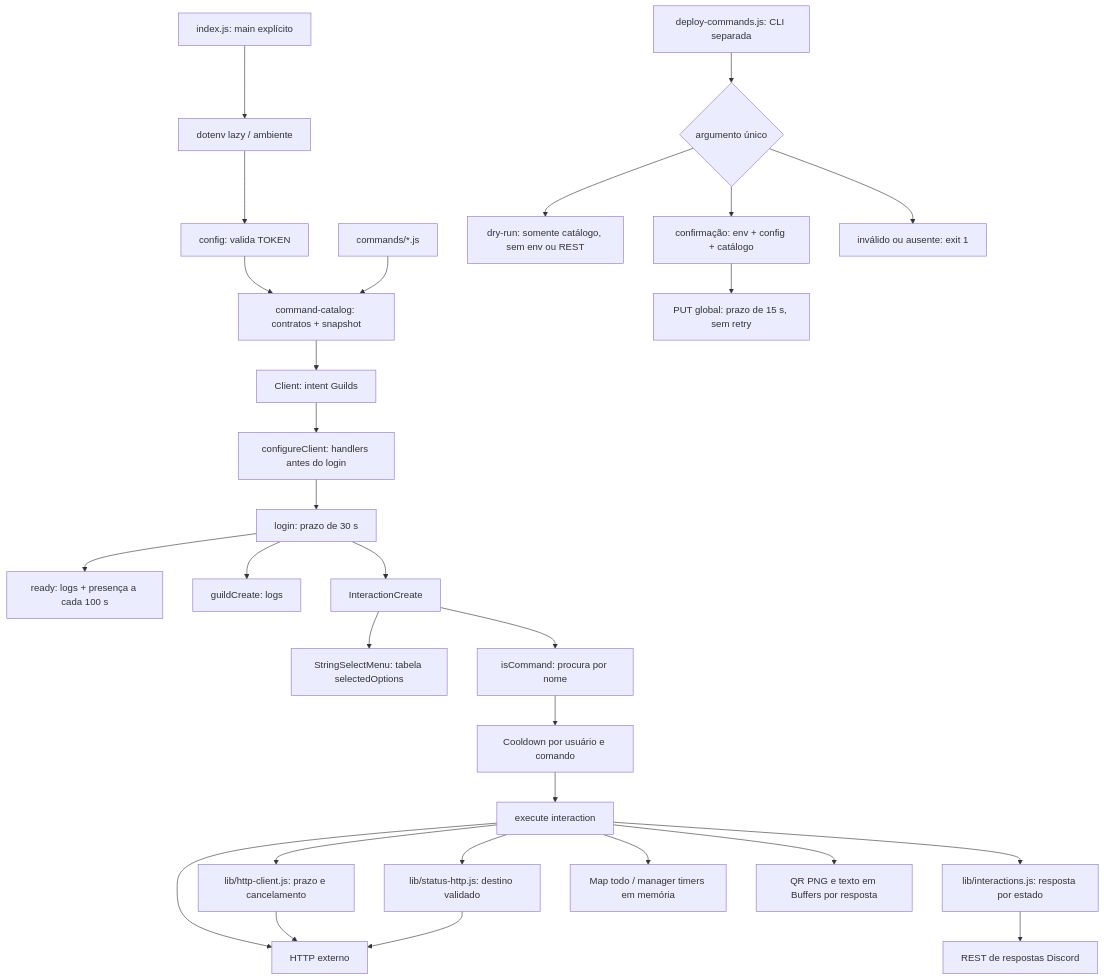
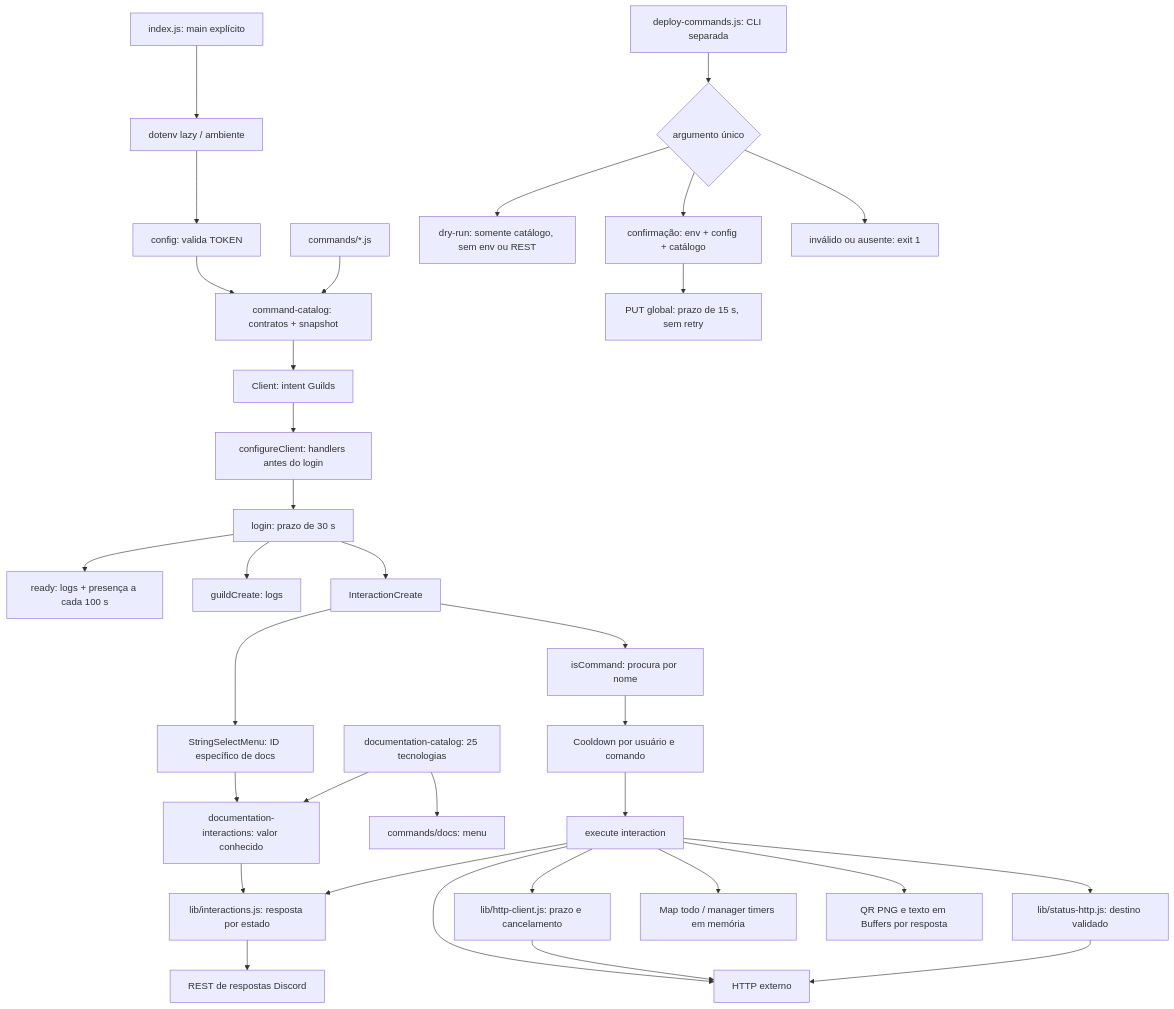
Before and after one commit to emanuelsacoman/Bot-Estudos-Discord: the diagram in docs/brain/ARCHITECTURE.md, drawn with Mermaid. The commit also changed other lines of this file and 13 other files, not shown here.

````diff
--- a/docs/brain/ARCHITECTURE.md
+++ b/docs/brain/ARCHITECTURE.md
@@ -32,31 +34,35 @@
 ```mermaid
 flowchart TD
     Runtime[index.js: main explícito] --> Env[dotenv lazy / ambiente]
     Env --> Config[config: valida TOKEN]
     Config --> Catalog[command-catalog: contratos + snapshot]
     Modules[commands/*.js] --> Catalog
     Catalog --> Client[Client: intent Guilds]
     Client --> Setup[configureClient: handlers antes do login]
     Setup --> Login[login: prazo de 30 s]
     Login --> Ready[ready: logs + presença a cada 100 s]
     Login --> Guild[guildCreate: logs]
     Login --> Interaction[InteractionCreate]
-    Interaction --> Select[StringSelectMenu: tabela selectedOptions]
+    Interaction --> Select[StringSelectMenu: ID específico de docs]
+    Select --> DocsHandler[documentation-interactions: valor conhecido]
+    DocsCatalog[documentation-catalog: 25 tecnologias] --> DocsHandler
+    DocsCatalog --> DocsMenu[commands/docs: menu]
+    DocsHandler --> Responses
     Interaction --> Slash[isCommand: procura por nome]
     Slash --> Cooldown[Cooldown por usuário e comando]
     Cooldown --> Execute[execute interaction]
     Execute --> APIs[HTTP externo]
     Execute --> HTTP[lib/http-client.js: prazo e cancelamento]
     HTTP --> APIs
     Execute --> Responses[lib/interactions.js: resposta por estado]
     Responses --> Discord[REST de respostas Discord]
     Execute --> Status[lib/status-http.js: destino validado]
     Status --> APIs
     Execute --> Memory[Map todo / manager timers em memória]
     Execute --> Files[QR PNG e texto em Buffers por resposta]
     Register[deploy-commands.js: CLI separada] --> Mode{argumento único}
     Mode --> DryRun[dry-run: somente catálogo, sem env ou REST]
     Mode --> Confirm[confirmação: env + config + catálogo]
     Confirm --> REST[PUT global: prazo de 15 s, sem retry]
     Mode --> Block[inválido ou ausente: exit 1]
 ```
````
